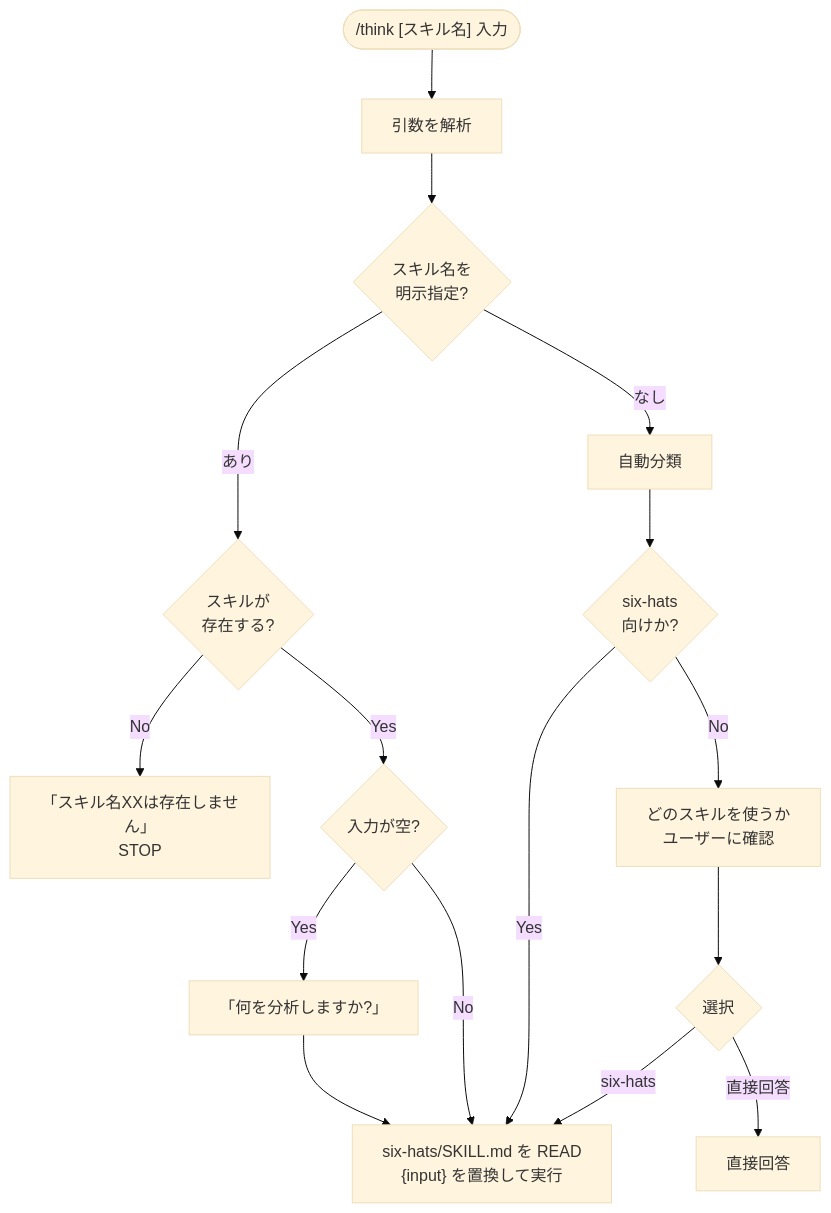
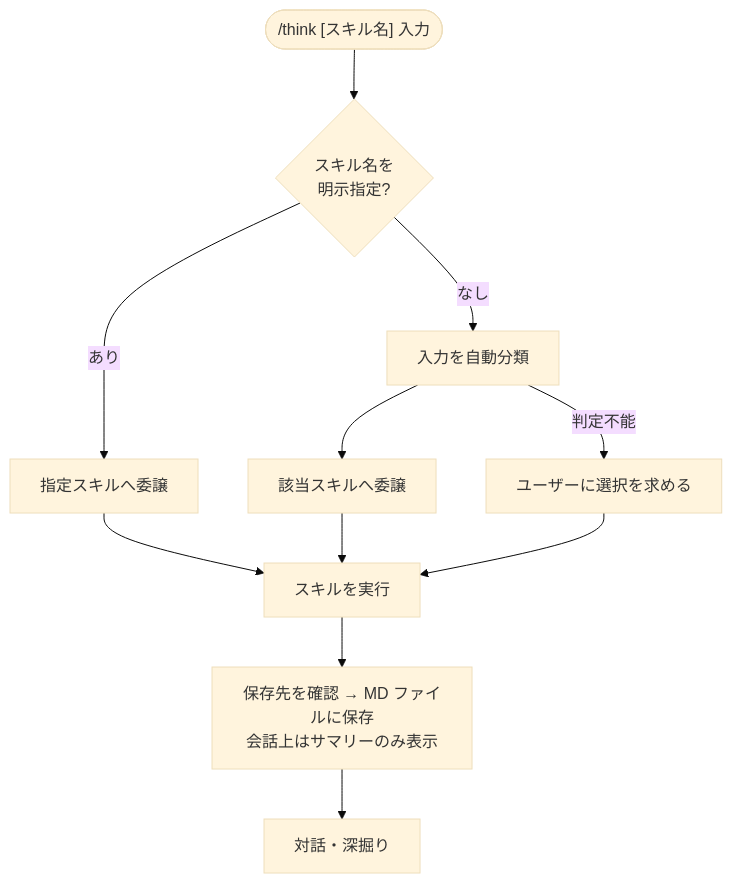
One commit to agaemo/dotfiles changed the diagram in claude/skills/think/README.md. Above: the diagram before and after it, drawn with Mermaid (base theme). The commit also changed other lines of this file and 18 other files, not shown here.

````diff
--- a/claude/skills/think/README.md
+++ b/claude/skills/think/README.md
@@ -7,23 +42,15 @@
 ```mermaid
 flowchart TD
-    Start(["/think [スキル名] 入力"]) --> Parse[引数を解析]
+    Start(["/think [スキル名] 入力"]) --> Parse{スキル名を\n明示指定?}
 
-    Parse --> ExplicitSkill{スキル名を\n明示指定?}
+    Parse -- あり --> Direct[指定スキルへ委譲]
+    Parse -- なし --> Auto[入力を自動分類]
+    Auto --> Route[該当スキルへ委譲]
+    Auto -- 判定不能 --> Ask[ユーザーに選択を求める]
 
-    ExplicitSkill -- あり --> ValidSkill{スキルが\n存在する?}
-    ValidSkill -- No --> Error["「スキル名XXは存在しません」\nSTOP"]
-    ValidSkill -- Yes --> EmptyInput{入力が空?}
-    EmptyInput -- Yes --> AskInput["「何を分析しますか?」"]
-    AskInput --> Delegate
-    EmptyInput -- No --> Delegate
+    Direct & Route --> Exec[スキルを実行]
+    Ask --> Exec
 
-    ExplicitSkill -- なし --> Auto[自動分類]
-    Auto --> IsSixHats{six-hats\n向けか?}
-    IsSixHats -- Yes --> Delegate
-    IsSixHats -- No --> AskSkill["どのスキルを使うか\nユーザーに確認"]
-    AskSkill --> UserChoice{選択}
-    UserChoice -- six-hats --> Delegate
-    UserChoice -- 直接回答 --> DirectAnswer[直接回答]
-
-    Delegate["six-hats/SKILL.md を READ\n{input} を置換して実行"]
+    Exec --> Report[保存先を確認 → MD ファイルに保存\n会話上はサマリーのみ表示]
+    Report --> Dialog[対話・深掘り]
 ```
````
